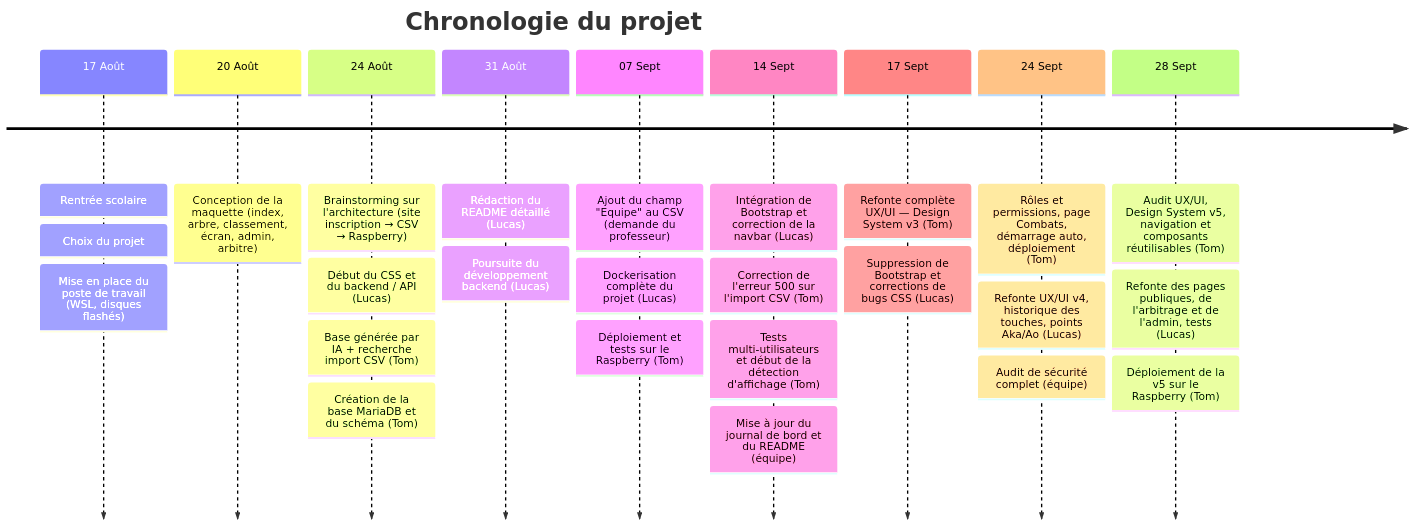
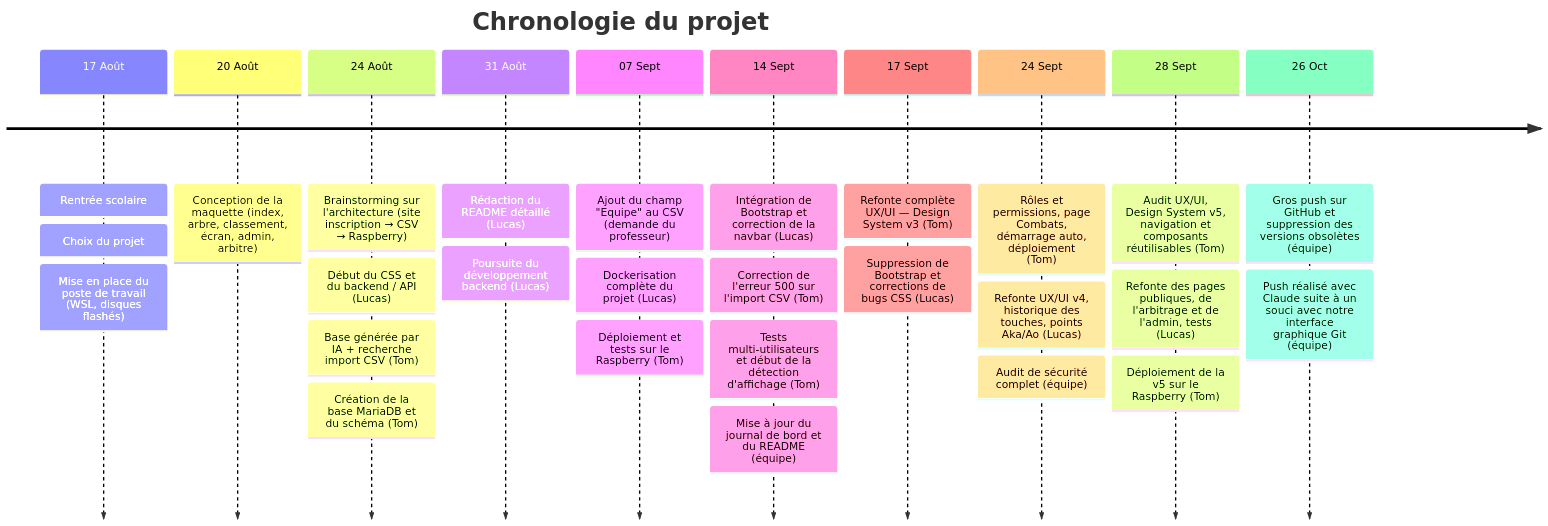
One commit to CFPT-AWEB-PH/2026-27_I.DA-P3B_LuTo changed the first of 3 diagrams in journalDeBord.md. Above: the diagram before and after it, drawn with Mermaid. The commit also changed other lines of this file, not shown here.

First line of the commit message:
Gros push sur GitHub et nettoyage du dépôt

````diff
--- a/journalDeBord.md
+++ b/journalDeBord.md
@@ -11,29 +11,31 @@
 ```mermaid
 timeline
     title Chronologie du projet
     17 Août : Rentrée scolaire
             : Choix du projet
             : Mise en place du poste de travail (WSL, disques flashés)
     20 Août : Conception de la maquette (index, arbre, classement, écran, admin, arbitre)
     24 Août : Brainstorming sur l'architecture (site inscription → CSV → Raspberry)
             : Début du CSS et du backend / API (Lucas)
             : Base générée par IA + recherche import CSV (Tom)
             : Création de la base MariaDB et du schéma (Tom)
     31 Août : Rédaction du README détaillé (Lucas)
             : Poursuite du développement backend (Lucas)
     07 Sept : Ajout du champ "Equipe" au CSV (demande du professeur)
             : Dockerisation complète du projet (Lucas)
             : Déploiement et tests sur le Raspberry (Tom)
     14 Sept : Intégration de Bootstrap et correction de la navbar (Lucas)
             : Correction de l'erreur 500 sur l'import CSV (Tom)
             : Tests multi-utilisateurs et début de la détection d'affichage (Tom)
             : Mise à jour du journal de bord et du README (équipe)
     17 Sept : Refonte complète UX/UI — Design System v3 (Tom)
             : Suppression de Bootstrap et corrections de bugs CSS (Lucas)
     24 Sept : Rôles et permissions, page Combats, démarrage auto, déploiement (Tom)
             : Refonte UX/UI v4, historique des touches, points Aka/Ao (Lucas)
             : Audit de sécurité complet (équipe)
     28 Sept : Audit UX/UI, Design System v5, navigation et composants réutilisables (Tom)
             : Refonte des pages publiques, de l'arbitrage et de l'admin, tests (Lucas)
             : Déploiement de la v5 sur le Raspberry (Tom)
+    26 Oct  : Gros push sur GitHub et suppression des versions obsolètes (équipe)
+            : Push réalisé avec Claude suite à un souci avec notre interface graphique Git (équipe)
 ```
````
